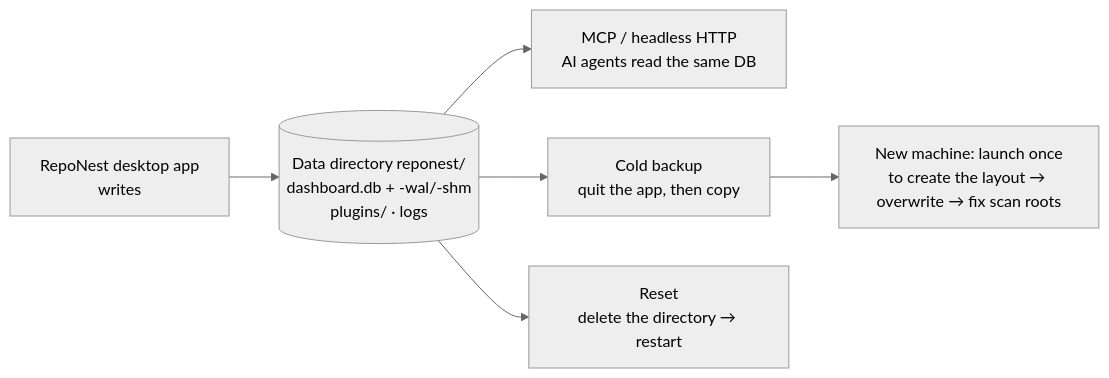
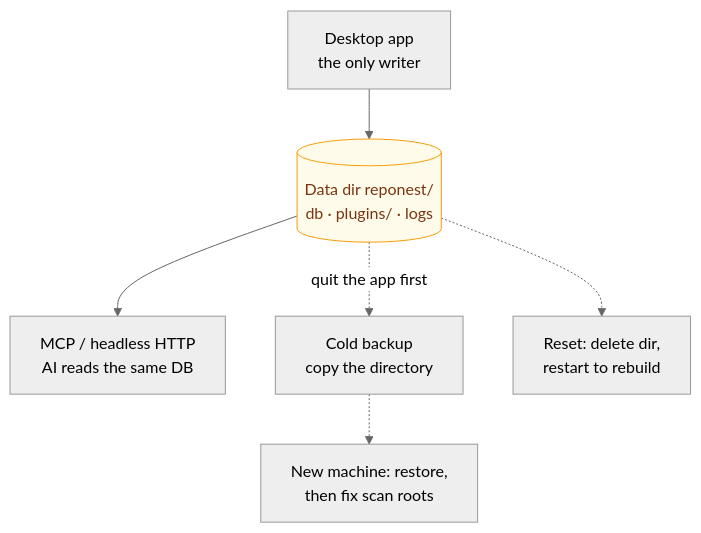
One commit to sky-jiangcheng/RepoNest changed the diagram in docs/en/data-management.md. Above: the diagram before and after it, drawn with Mermaid (neutral theme). The commit also changed 14 other files, not shown here.

First line of the commit message:
docs(diagrams): 全站 mermaid 图重构 — 告别'宽扁香肠'布局

````diff
--- a/docs/en/data-management.md
+++ b/docs/en/data-management.md
@@ -10,8 +10,10 @@
 ```mermaid
-flowchart LR
-    APP["RepoNest desktop app<br/>writes"] --> DIR[("Data directory reponest/<br/>dashboard.db + -wal/-shm<br/>plugins/ · logs")]
-    DIR --> MCP["MCP / headless HTTP<br/>AI agents read the same DB"]
-    DIR --> CP["Cold backup<br/>quit the app, then copy"]
-    DIR --> RM["Reset<br/>delete the directory → restart"]
-    CP --> NEW["New machine: launch once<br/>to create the layout → overwrite → fix scan roots"]
+flowchart TB
+    APP["Desktop app<br/>the only writer"] --> DIR[("Data dir reponest/<br/>db · plugins/ · logs")]
+    DIR --> MCP["MCP / headless HTTP<br/>AI reads the same DB"]
+    DIR -.->|"quit the app first"| CP["Cold backup<br/>copy the directory"]
+    CP -.-> NEW["New machine: restore,<br/>then fix scan roots"]
+    DIR -.-> RM["Reset: delete dir,<br/>restart to rebuild"]
+    classDef store fill:#fffbeb,stroke:#f59e0b,color:#78350f
+    class DIR store
 ```
````
